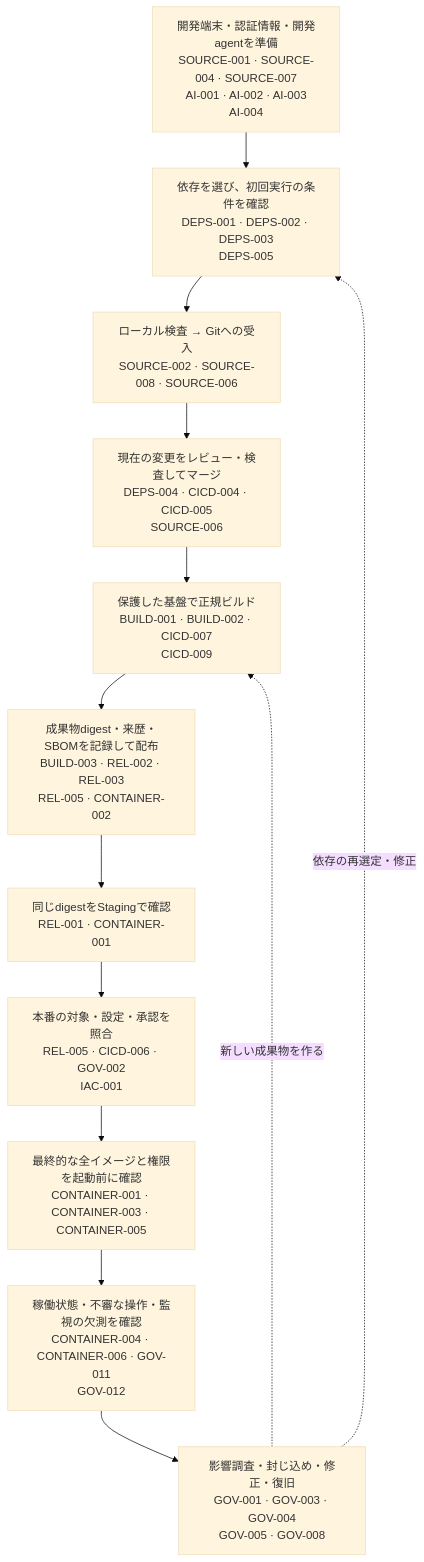
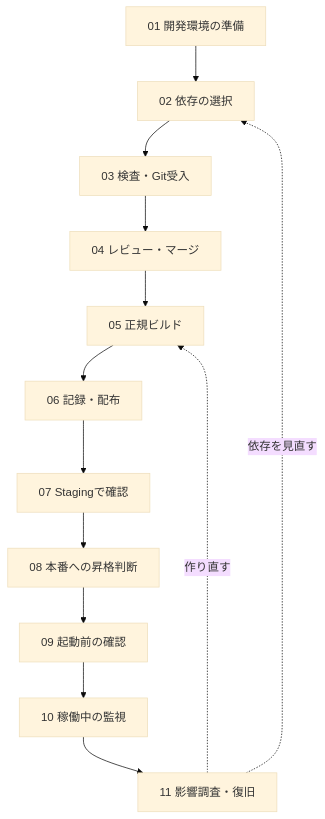
One commit to DharmaDoll/product-security-guidance changed the diagram in engineering/developer-to-production.md. Above: the diagram before and after it, drawn with Mermaid (base theme). The commit also changed other lines of this file, not shown here.

Commit message:
docs: simplify overview diagram labels for readability

````diff
--- a/engineering/developer-to-production.md
+++ b/engineering/developer-to-production.md
@@ -15,18 +17,17 @@
 ```mermaid
 flowchart TD
-  A["開発端末・認証情報・開発agentを準備<br/>SOURCE-001 · SOURCE-004 · SOURCE-007<br/>AI-001 · AI-002 · AI-003<br/>AI-004"]
-  B["依存を選び、初回実行の条件を確認<br/>DEPS-001 · DEPS-002 · DEPS-003<br/>DEPS-005"]
-  C["ローカル検査 → Gitへの受入<br/>SOURCE-002 · SOURCE-008 · SOURCE-006"]
-  D["現在の変更をレビュー・検査してマージ<br/>DEPS-004 · CICD-004 · CICD-005<br/>SOURCE-006"]
-  E["保護した基盤で正規ビルド<br/>BUILD-001 · BUILD-002 · CICD-007<br/>CICD-009"]
-  F["成果物digest・来歴・SBOMを記録して配布<br/>BUILD-003 · REL-002 · REL-003<br/>REL-005 · CONTAINER-002"]
-  G["同じdigestをStagingで確認<br/>REL-001 · CONTAINER-001"]
-  H["本番の対象・設定・承認を照合<br/>REL-005 · CICD-006 · GOV-002<br/>IAC-001"]
-  I["最終的な全イメージと権限を起動前に確認<br/>CONTAINER-001 · CONTAINER-003 · CONTAINER-005"]
-  J["稼働状態・不審な操作・監視の欠測を確認<br/>CONTAINER-004 · CONTAINER-006 · GOV-011<br/>GOV-012"]
-  K["影響調査・封じ込め・修正・復旧<br/>GOV-001 · GOV-003 · GOV-004<br/>GOV-005 · GOV-008"]
-  A --> B --> C --> D --> E --> F --> G --> H --> I --> J
-  J --> K
-  K -. 依存の再選定・修正 .-> B
-  K -. 新しい成果物を作る .-> E
+  A["01 開発環境の準備"]
+  B["02 依存の選択"]
+  C["03 検査・Git受入"]
+  D["04 レビュー・マージ"]
+  E["05 正規ビルド"]
+  F["06 記録・配布"]
+  G["07 Stagingで確認"]
+  H["08 本番への昇格判断"]
+  I["09 起動前の確認"]
+  J["10 稼働中の監視"]
+  K["11 影響調査・復旧"]
+  A --> B --> C --> D --> E --> F --> G --> H --> I --> J --> K
+  K -. 依存を見直す .-> B
+  K -. 作り直す .-> E
 ```
````
